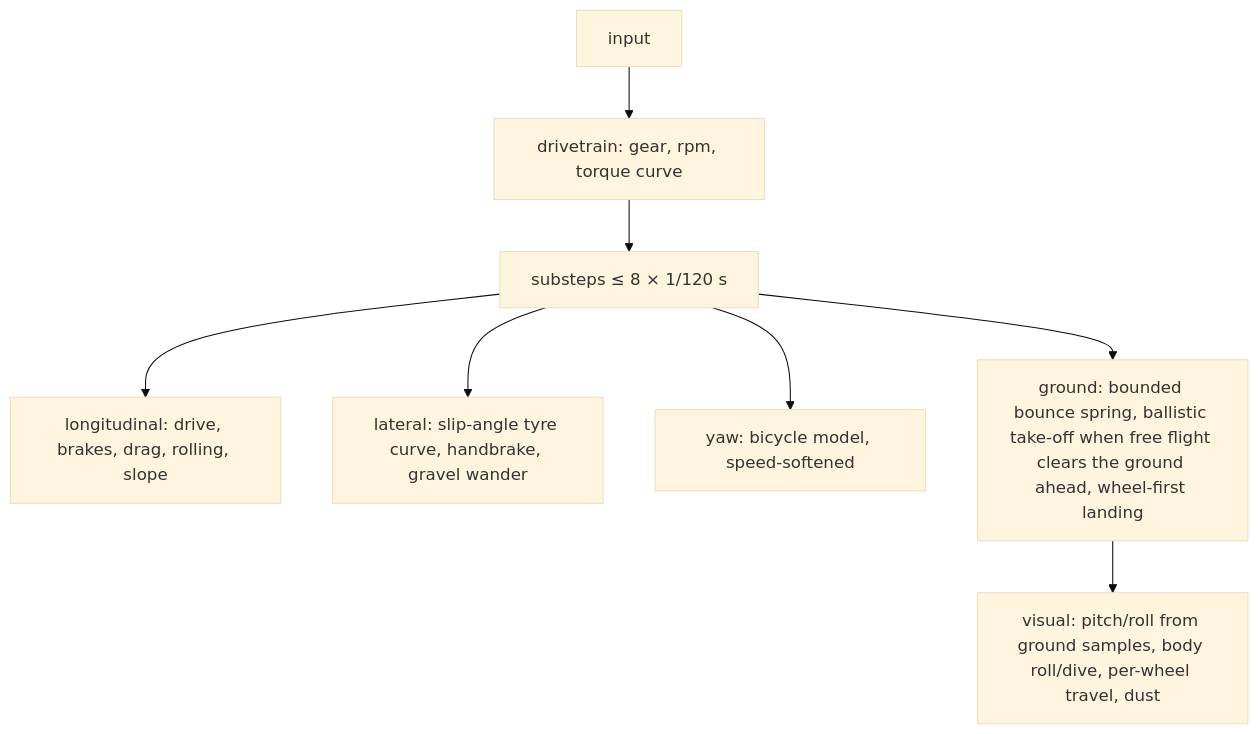
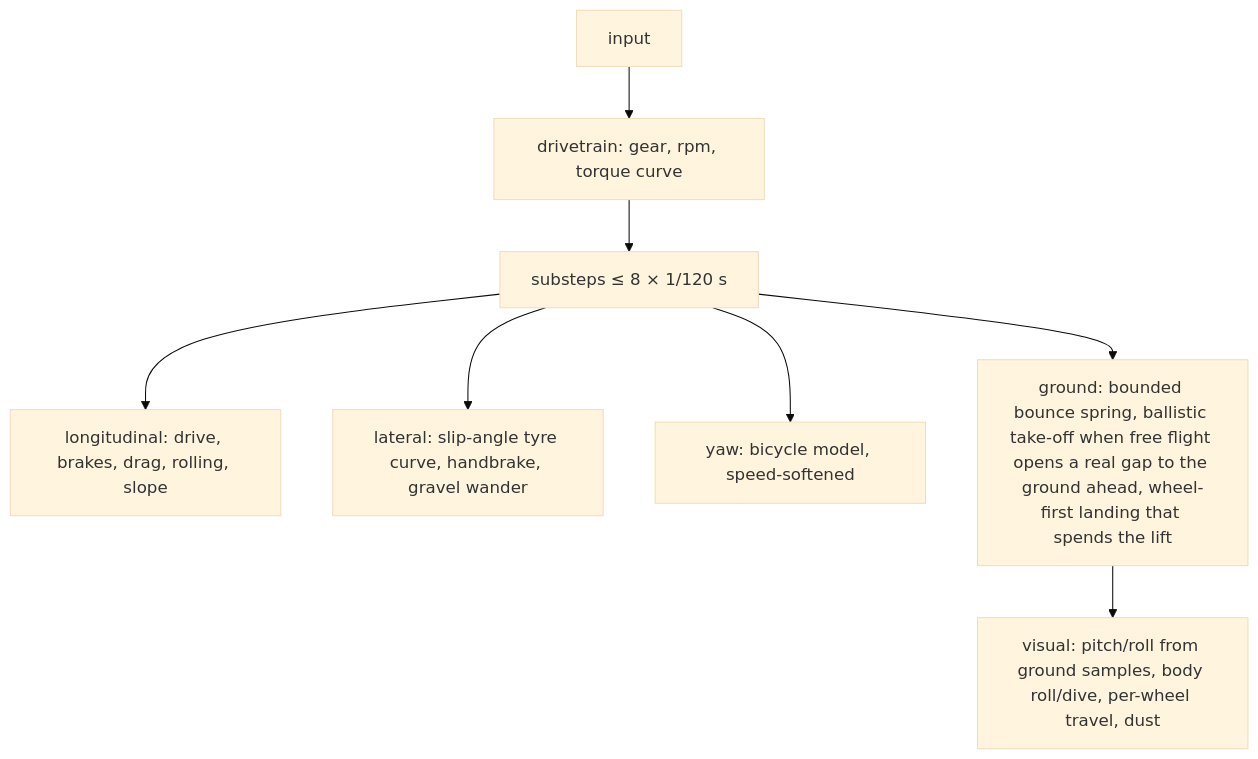
Before and after one commit to FlipTMoan/norwayralley: the third of 3 diagrams in ARCHITECTURE.md, drawn with Mermaid (base theme). The commit also changed 4 other files, not shown here.

First line of the commit message:
Car stays down: landing spends the lift, take-off needs a real gap, no hops off bumps and kinks

````diff
--- a/ARCHITECTURE.md
+++ b/ARCHITECTURE.md
@@ -109,10 +109,10 @@
 ```mermaid
 flowchart TD
   I[input] --> D[drivetrain: gear, rpm, torque curve]
   D --> S[substeps ≤ 8 × 1/120 s]
   S --> L[longitudinal: drive, brakes, drag, rolling, slope]
   S --> T[lateral: slip-angle tyre curve, handbrake, gravel wander]
   S --> Y[yaw: bicycle model, speed-softened]
-  S --> G[ground: bounded bounce spring, ballistic take-off when free flight clears the ground ahead, wheel-first landing]
+  S --> G[ground: bounded bounce spring, ballistic take-off when free flight opens a real gap to the ground ahead, wheel-first landing that spends the lift]
   G --> V[visual: pitch/roll from ground samples, body roll/dive, per-wheel travel, dust]
 ```
````
